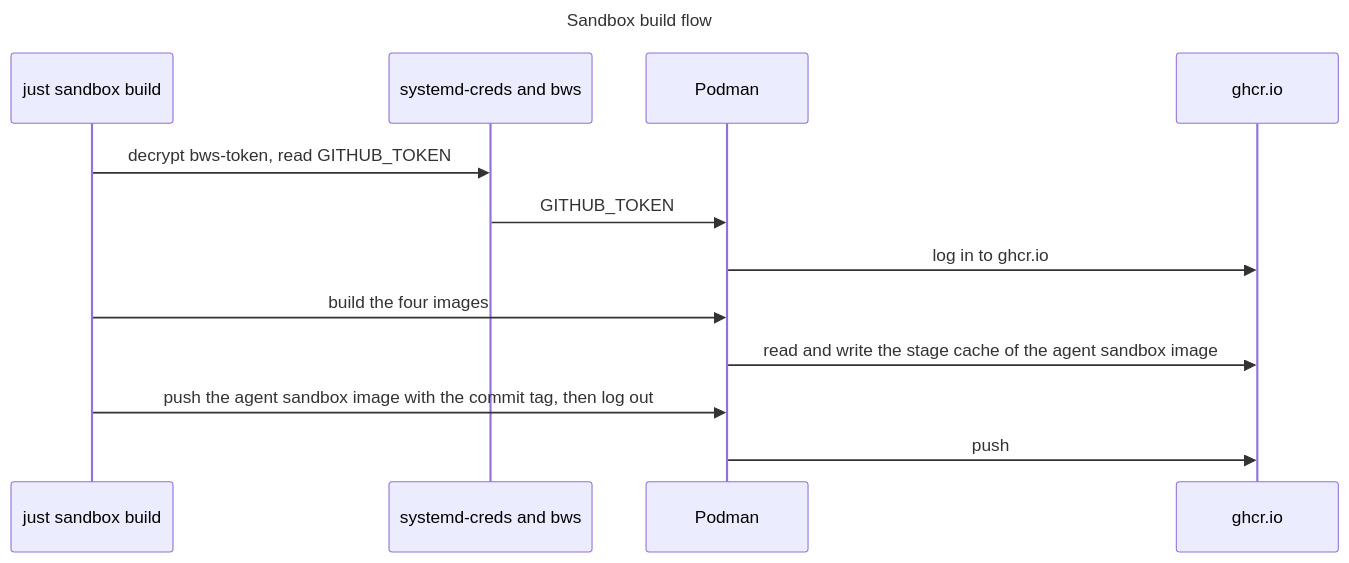
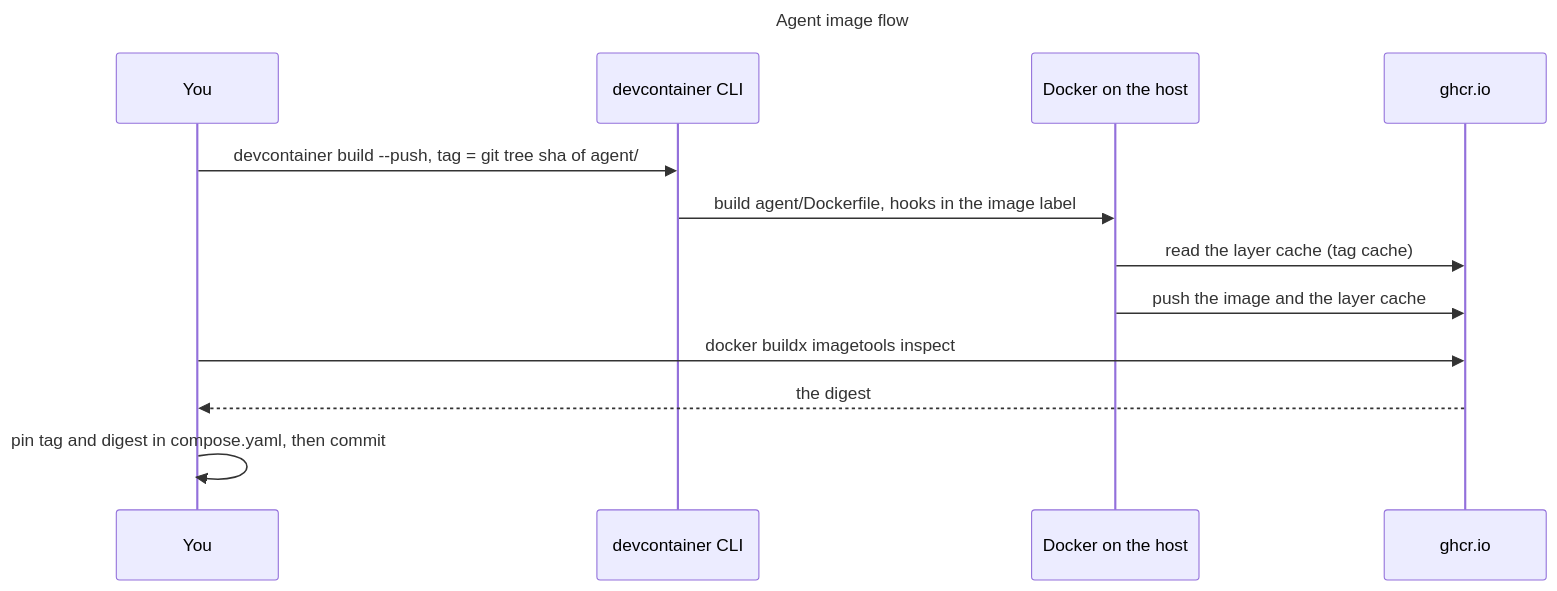
Before and after one commit to raghav19/engineersdaybook: the second of 6 diagrams in .devcontainer/README.md, drawn with Mermaid. The commit also changed other lines of this file and 13 other files, not shown here.

First line of the commit message:
docs: sandbox README and diagrams for the Docker Compose design

````diff
--- a/.devcontainer/README.md
+++ b/.devcontainer/README.md
@@ -156,17 +174,17 @@
 ```mermaid
 ---
-title: Sandbox build flow
+title: Agent image flow
 ---
 sequenceDiagram
-    participant Build as just sandbox build
-    participant Bws as systemd-creds and bws
-    participant Podman
+    participant You
+    participant CLI as devcontainer CLI
+    participant Docker as Docker on the host
     participant GHCR as ghcr.io
-    Build->>Bws: decrypt bws-token, read GITHUB_TOKEN
-    Bws->>Podman: GITHUB_TOKEN
-    Podman->>GHCR: log in to ghcr.io
-    Build->>Podman: build the four images
-    Podman->>GHCR: read and write the stage cache of the agent sandbox image
-    Build->>Podman: push the agent sandbox image with the commit tag, then log out
-    Podman->>GHCR: push
+    You->>CLI: devcontainer build --push, tag = git tree sha of agent/
+    CLI->>Docker: build agent/Dockerfile, hooks in the image label
+    Docker->>GHCR: read the layer cache (tag cache)
+    Docker->>GHCR: push the image and the layer cache
+    You->>GHCR: docker buildx imagetools inspect
+    GHCR-->>You: the digest
+    You->>You: pin tag and digest in compose.yaml, then commit
 ```
````
